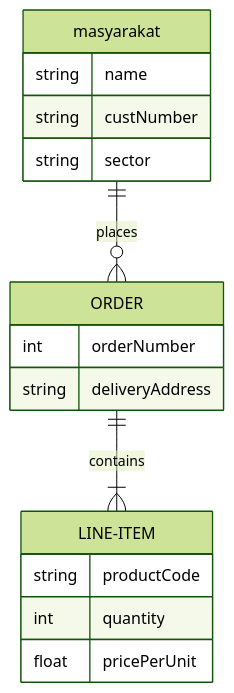
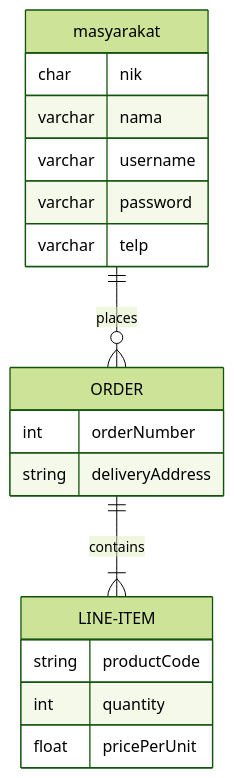
One commit to fauzanzianulhaq/pengenalan-informatika changed the diagram in job_interview.md. Above: the diagram before and after it, drawn with Mermaid (forest theme).

````diff
--- a/job_interview.md
+++ b/job_interview.md
@@ -15,19 +15,21 @@
 ```mermaid
 erDiagram
     masyarakat ||--o{ ORDER : places
     masyarakat {
-        string name
-        string custNumber
-        string sector
+        char nik
+        varchar nama
+        varchar username
+        varchar password
+        varchar telp
     }
     ORDER ||--|{ LINE-ITEM : contains
     ORDER {
         int orderNumber
         string deliveryAddress
     }
     LINE-ITEM {
         string productCode
         int quantity
         float pricePerUnit
     }
 ```
````
